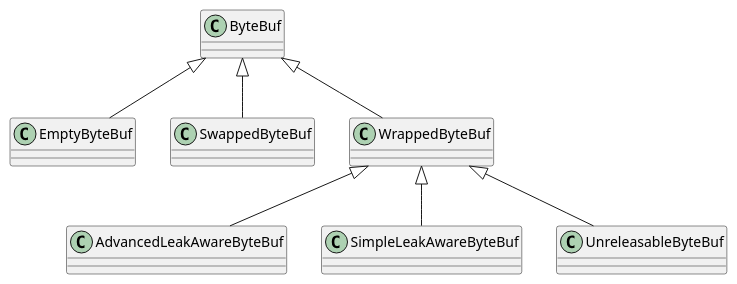
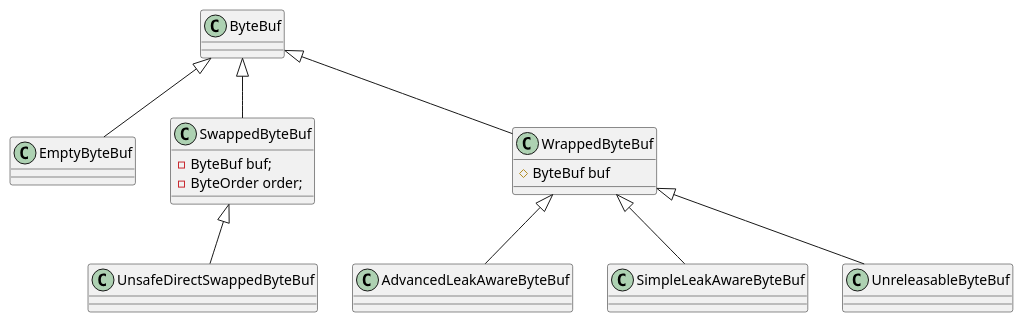
One commit to uchuhimo/leaning-netty changed the diagram in buffer/image/special_buffer.puml. Above: the diagram before and after it, drawn with PlantUML. The commit also changed 8 other files, not shown here.

Commit message:
add more ByteBuf class

```diff
--- a/buffer/image/special_buffer.puml
+++ b/buffer/image/special_buffer.puml
@@ -1,9 +1,18 @@
 @startuml
 ByteBuf             <|--    EmptyByteBuf
 ByteBuf             <|--    SwappedByteBuf
+class SwappedByteBuf {
+    - ByteBuf buf;
+    - ByteOrder order;
+}
+SwappedByteBuf      <|--    UnsafeDirectSwappedByteBuf
+
 ByteBuf             <|--    WrappedByteBuf
+class WrappedByteBuf {
+    # ByteBuf buf
+}
 
 WrappedByteBuf      <|--    AdvancedLeakAwareByteBuf
 WrappedByteBuf      <|--    SimpleLeakAwareByteBuf
 WrappedByteBuf      <|--    UnreleasableByteBuf
 @enduml
```
